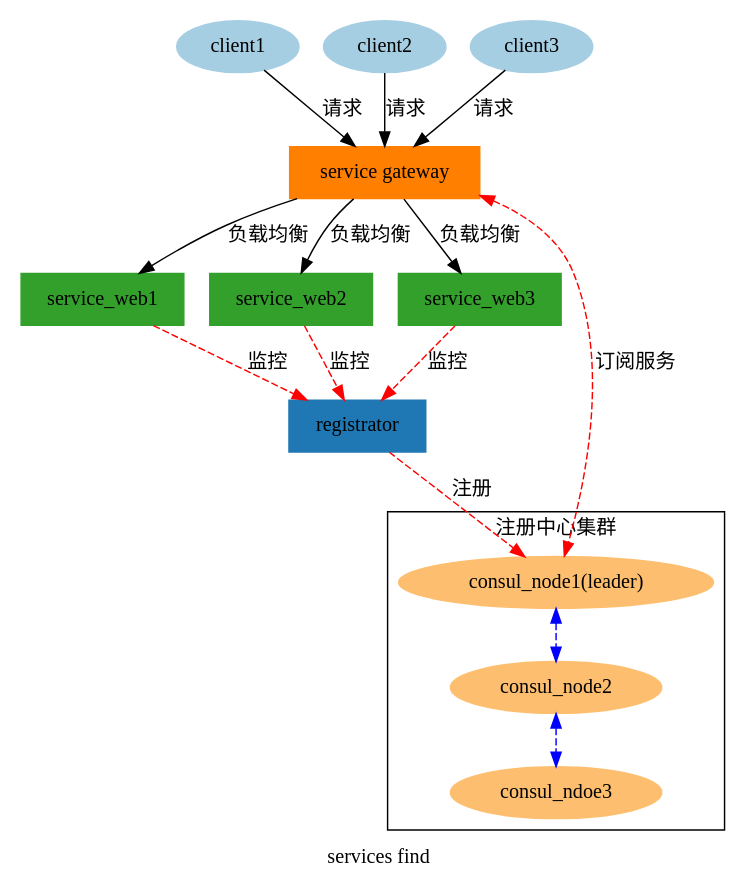
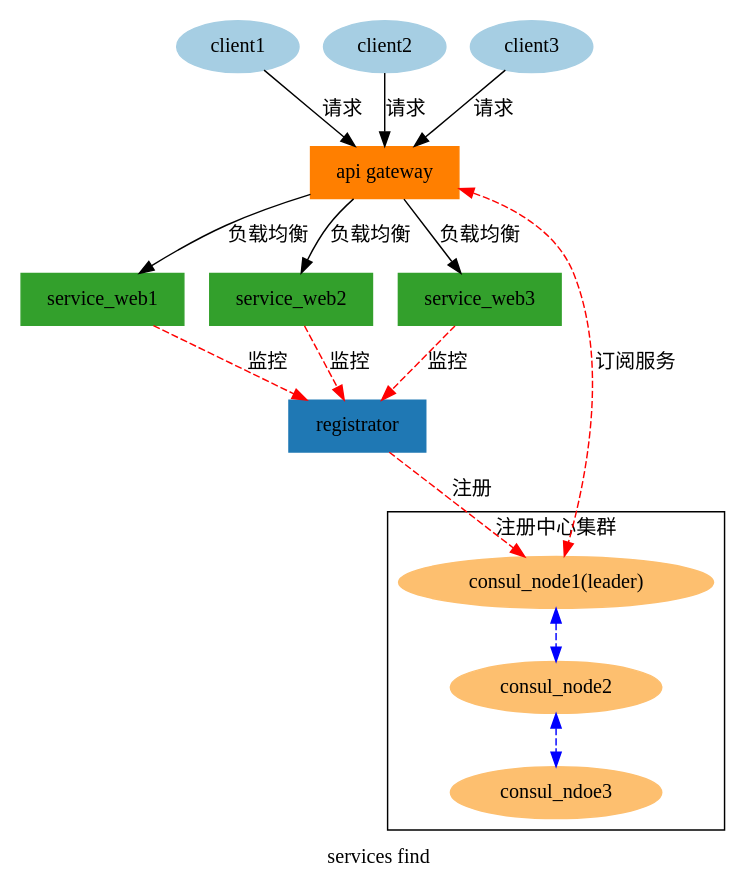
Before and after one commit to chenchunyong/blog: the diagram in images/serviceFind.dot, drawn with Graphviz. The commit also changed 3 other files, not shown here.

```diff
--- a/images/serviceFind.dot
+++ b/images/serviceFind.dot
@@ -1,25 +1,25 @@
 digraph G {
     size="6,6";
     label="services find"
     node [colorscheme=paired12, color=1, style=filled];
     registrator[label="registrator", color=2, shape="record"]
     service1[label="service_web1", color=4, shape="record"]
     service2[label="service_web2", color=4, shape="record"]
     service3[label="service_web3", color=4, shape="record"]
-    serviceGateway[label="service gateway", color=8, shape="record"]
+    serviceGateway[label="api gateway", color=8, shape="record"]
     consul_node1[label="consul_node1(leader)", color=7]
     consul_node2[label="consul_node2", color=7]
     consul_node3[label="consul_ndoe3", color=7]
     {client1 client2 client3} -> serviceGateway [label="请求"]
     serviceGateway->{service1 service2 service3}[label="负载均衡"]
     serviceGateway->consul_node1[label="订阅服务",color="red",dir=both style="dashed"]
     {service1 service2 service3} -> registrator [label="监控",color="red",style="dashed"]
     registrator->consul_node1[label="注册",color="red",style="dashed"]
     consul_node1 -> consul_node2 -> consul_node3 [dir=both style=dashed color=blue]
     subgraph cluster_clu {
         label="注册中心集群"
         consul_node1
         consul_node2
         consul_node3
     }
 }
```
